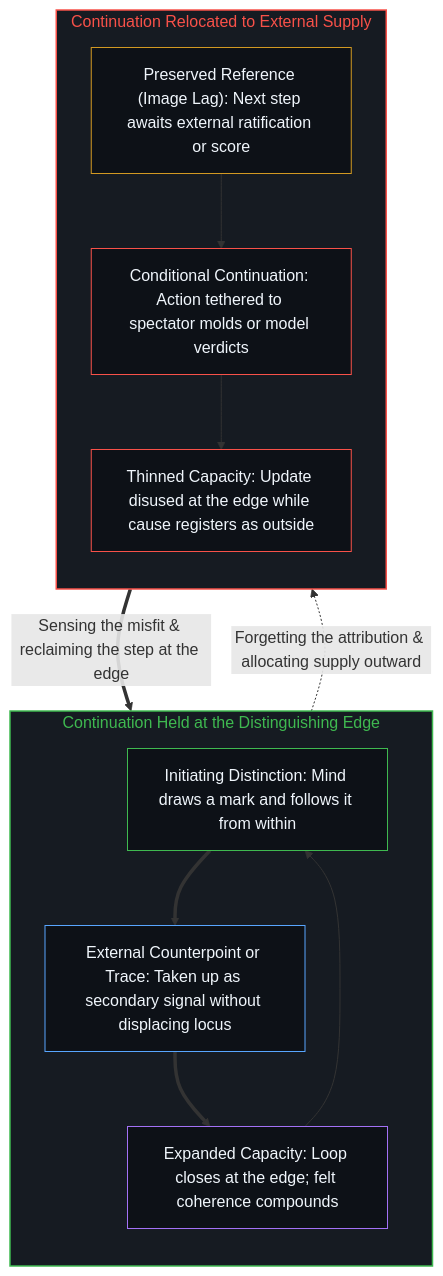
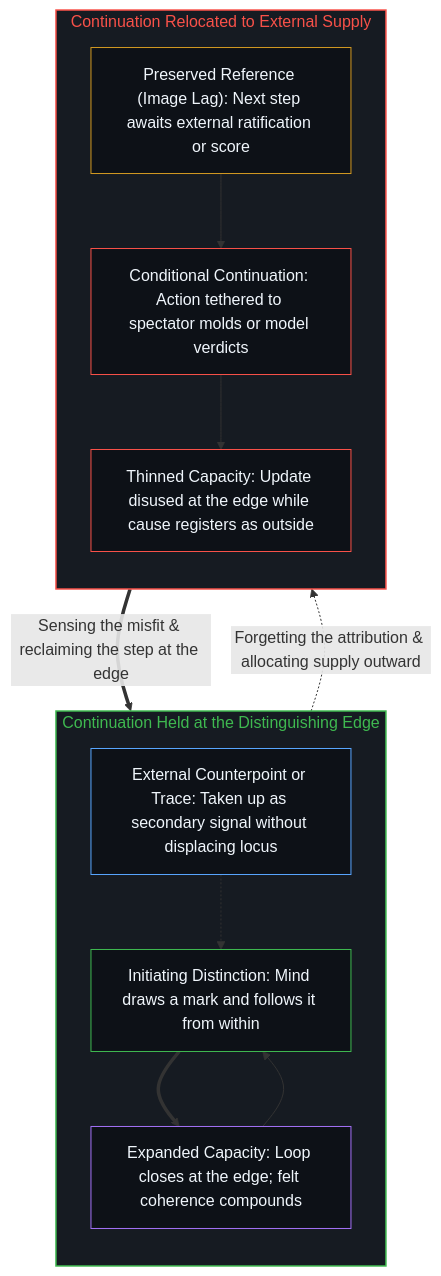
One commit to powerpig99/not-a-toe changed the second of 2 diagrams in content/posts/the-allocation-of-causal-power-in-validation.md. Above: the diagram before and after it, drawn with Mermaid. The commit also changed other lines of this file and 13 other files, not shown here.

````diff
--- a/content/posts/the-allocation-of-causal-power-in-validation.md
+++ b/content/posts/the-allocation-of-causal-power-in-validation.md
@@ -82,28 +83,29 @@
 ```mermaid
 flowchart TD
     subgraph S_Internal["Continuation Held at the Distinguishing Edge"]
         direction TB
         Draw["Initiating Distinction: Mind draws a mark and follows it from within"]
         Signal["External Counterpoint or Trace: Taken up as secondary signal without displacing locus"]
         Expand["Expanded Capacity: Loop closes at the edge; felt coherence compounds"]
-        Draw ==> Signal ==> Expand
+        Draw ==> Expand
         Expand --> Draw
+        Signal -.-> Draw
     end
     subgraph S_External["Continuation Relocated to External Supply"]
         direction TB
         Defer["Preserved Reference (Image Lag): Next step awaits external ratification or score"]
         Hostage["Conditional Continuation: Action tethered to spectator molds or model verdicts"]
         Thin["Thinned Capacity: Update disused at the edge while cause registers as outside"]
         Defer --> Hostage --> Thin
     end
     Draw -.->|"Forgetting the attribution & allocating supply outward"| Defer
     Thin ==>|"Sensing the misfit & reclaiming the step at the edge"| Draw
     style S_Internal fill:#161b22,stroke:#3fb950,stroke-width:1.5px,color:#3fb950
     style S_External fill:#161b22,stroke:#f85149,stroke-width:1.5px,color:#f85149
     style Draw fill:#0d1117,stroke:#3fb950,stroke-width:1px,color:#f0f6fc
     style Signal fill:#0d1117,stroke:#58a6ff,stroke-width:1px,color:#f0f6fc
     style Expand fill:#0d1117,stroke:#a371f7,stroke-width:1px,color:#f0f6fc
     style Defer fill:#0d1117,stroke:#d29922,stroke-width:1px,color:#f0f6fc
     style Hostage fill:#0d1117,stroke:#f85149,stroke-width:1px,color:#f0f6fc
     style Thin fill:#0d1117,stroke:#f85149,stroke-width:1px,color:#f0f6fc
 ```
````
